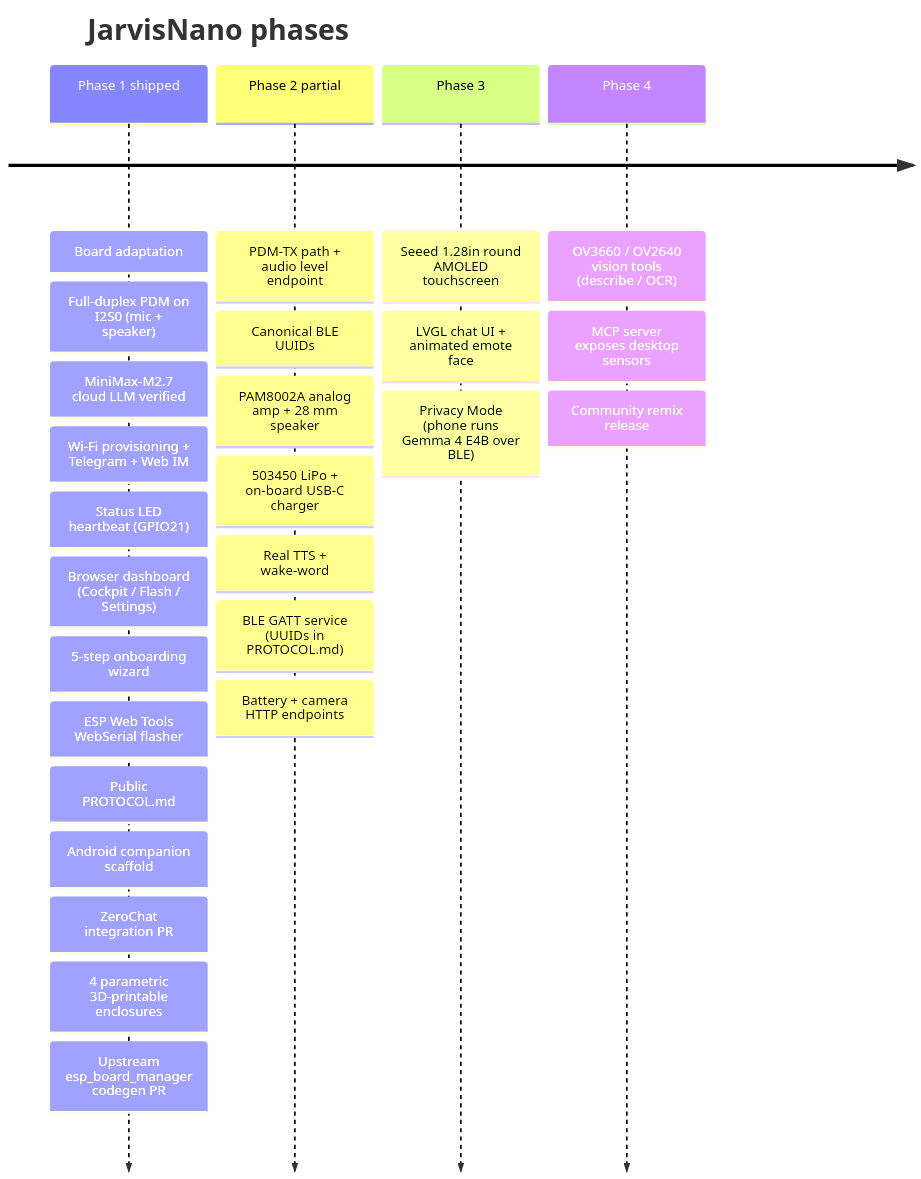
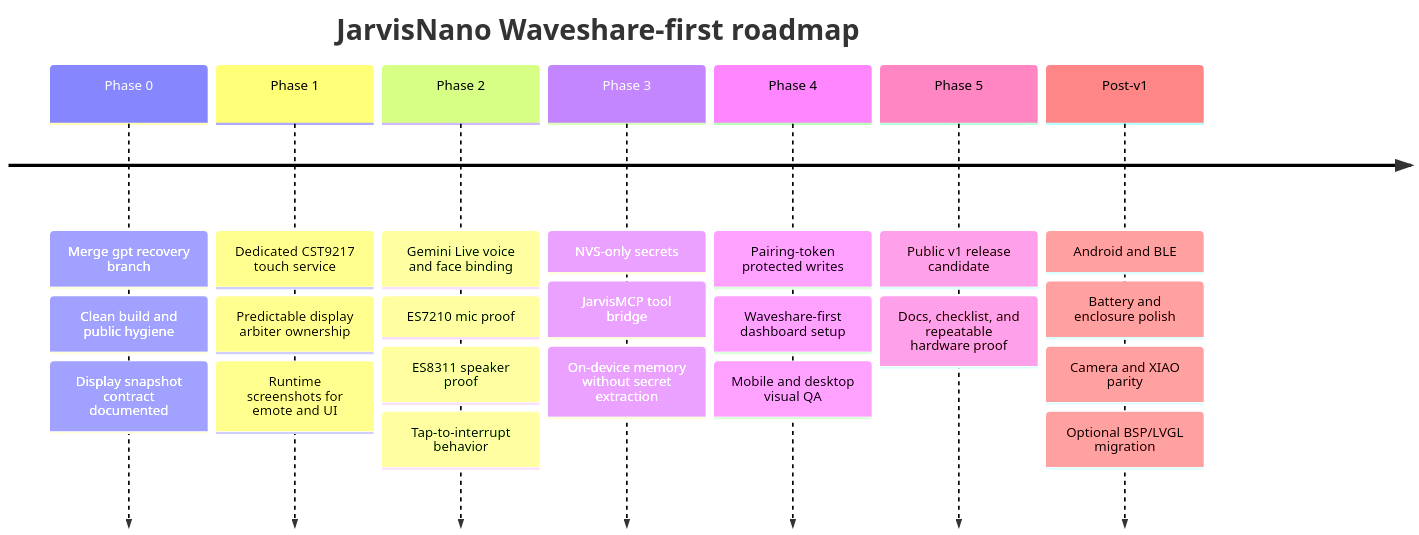
The second of 2 diagrams in README.md (PascalAI2024/JarvisNano), drawn with Mermaid before and after one commit. The commit also changed other lines of this file and 21 other files, not shown here.

Commit message:
chore: prepare Waveshare public main release | Model: claude-opus-4 | Mode: ultrathink | 🤖 J.A.R.V.I.S.

````diff
--- a/README.md
+++ b/README.md
@@ -234,30 +214,26 @@
 ```mermaid
 timeline
-    title JarvisNano phases
-    Phase 1 shipped : Board adaptation
-                    : Full-duplex PDM on I2S0 (mic + speaker)
-                    : MiniMax-M2.7 cloud LLM verified
-                    : Wi-Fi provisioning + Telegram + Web IM
-                    : Status LED heartbeat (GPIO21)
-                    : Browser dashboard (Cockpit / Flash / Settings)
-                    : 5-step onboarding wizard
-                    : ESP Web Tools WebSerial flasher
-                    : Public PROTOCOL.md
-                    : Android companion scaffold
-                    : ZeroChat integration PR
-                    : 4 parametric 3D-printable enclosures
-                    : Upstream esp_board_manager codegen PR
-    Phase 2 partial : PDM-TX path + audio level endpoint
-                    : Canonical BLE UUIDs
-                    : PAM8002A analog amp + 28 mm speaker
-                    : 503450 LiPo + on-board USB-C charger
-                    : Real TTS + wake-word
-                    : BLE GATT service (UUIDs in PROTOCOL.md)
-                    : Battery + camera HTTP endpoints
-    Phase 3         : Seeed 1.28in round AMOLED touchscreen
-                    : LVGL chat UI + animated emote face
-                    : Privacy Mode (phone runs Gemma 4 E4B over BLE)
-    Phase 4         : OV3660 / OV2640 vision tools (describe / OCR)
-                    : MCP server exposes desktop sensors
-                    : Community remix release
+    title JarvisNano Waveshare-first roadmap
+    Phase 0 : Merge gpt recovery branch
+            : Clean build and public hygiene
+            : Display snapshot contract documented
+    Phase 1 : Dedicated CST9217 touch service
+            : Predictable display arbiter ownership
+            : Runtime screenshots for emote and UI
+    Phase 2 : Gemini Live voice and face binding
+            : ES7210 mic proof
+            : ES8311 speaker proof
+            : Tap-to-interrupt behavior
+    Phase 3 : NVS-only secrets
+            : JarvisMCP tool bridge
+            : On-device memory without secret extraction
+    Phase 4 : Pairing-token protected writes
+            : Waveshare-first dashboard setup
+            : Mobile and desktop visual QA
+    Phase 5 : Public v1 release candidate
+            : Docs, checklist, and repeatable hardware proof
+    Post-v1 : Android and BLE
+            : Battery and enclosure polish
+            : Camera and XIAO parity
+            : Optional BSP/LVGL migration
 ```
````
